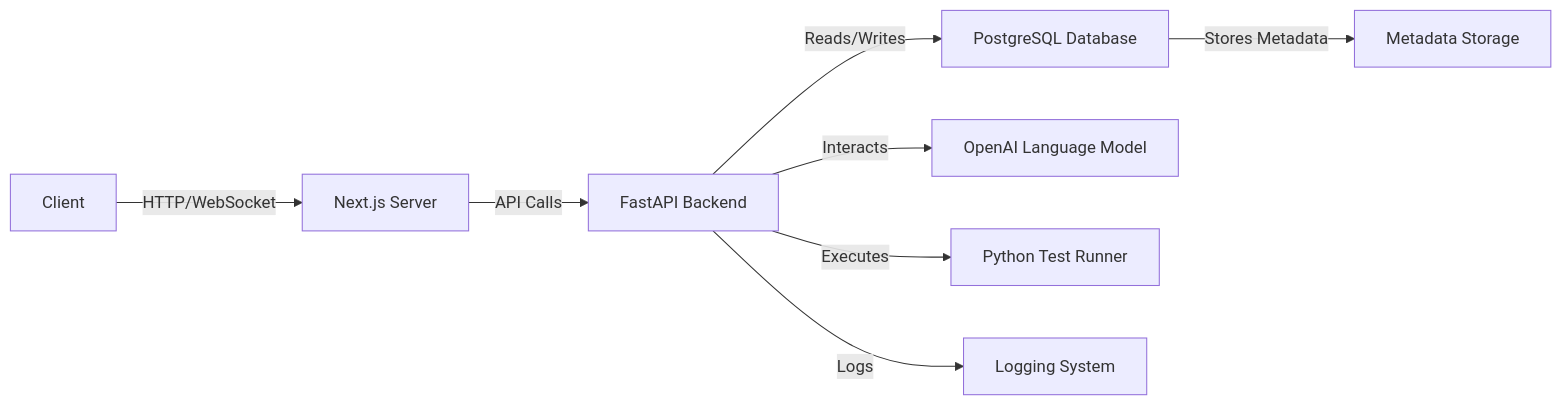
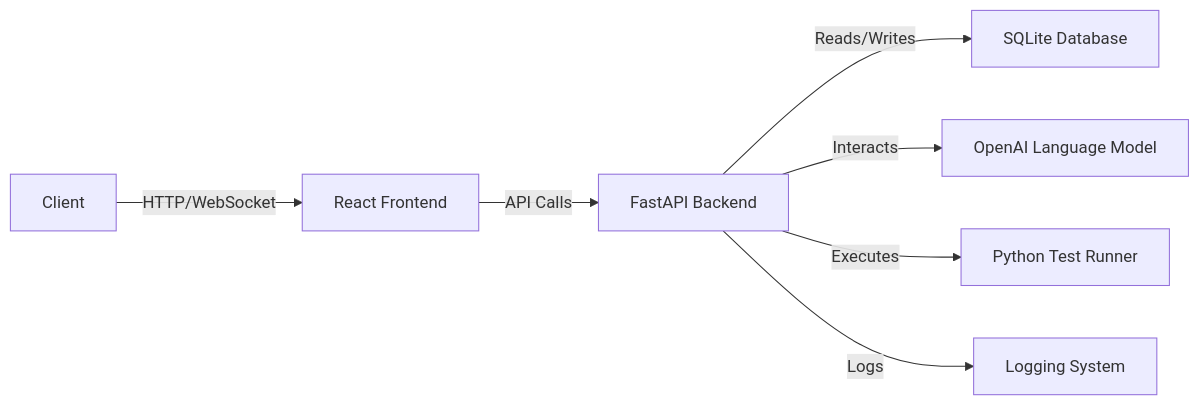
Before and after one commit to nero19960329/autify-ai-engineer-assignment: the third of 4 diagrams in development_plan.md, drawn with Mermaid. The commit also changed other lines of this file, not shown here.

````diff
--- a/development_plan.md
+++ b/development_plan.md
@@ -79,10 +74,9 @@
 ```mermaid
 graph LR
-A3[Client] -- HTTP/WebSocket --> B3[Next.js Server]
+A3[Client] -- HTTP/WebSocket --> B3[React Frontend]
 B3 -- API Calls --> C3[FastAPI Backend]
-C3 -- Reads/Writes --> D3[PostgreSQL Database]
+C3 -- Reads/Writes --> D3[SQLite Database]
 C3 -- Interacts --> E3[OpenAI Language Model]
 C3 -- Executes --> F3[Python Test Runner]
 C3 -- Logs --> G3[Logging System]
-D3 -- Stores Metadata --> H3[Metadata Storage]
 ```
````
